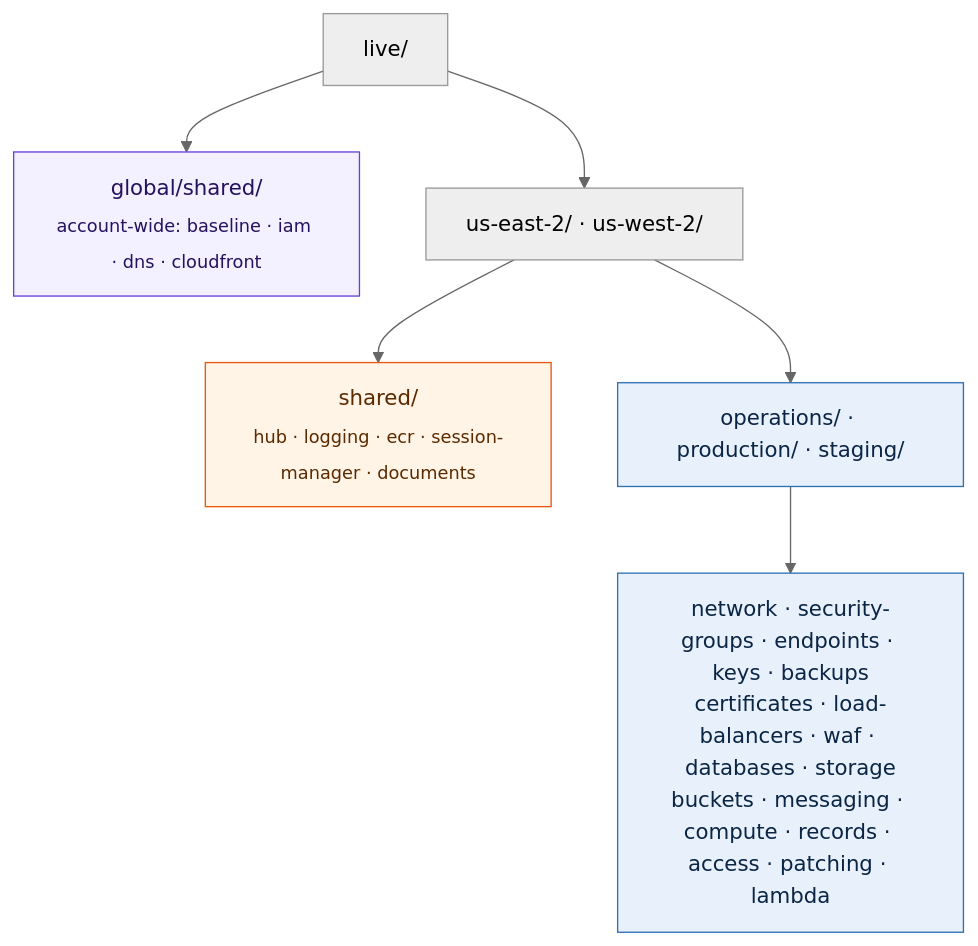
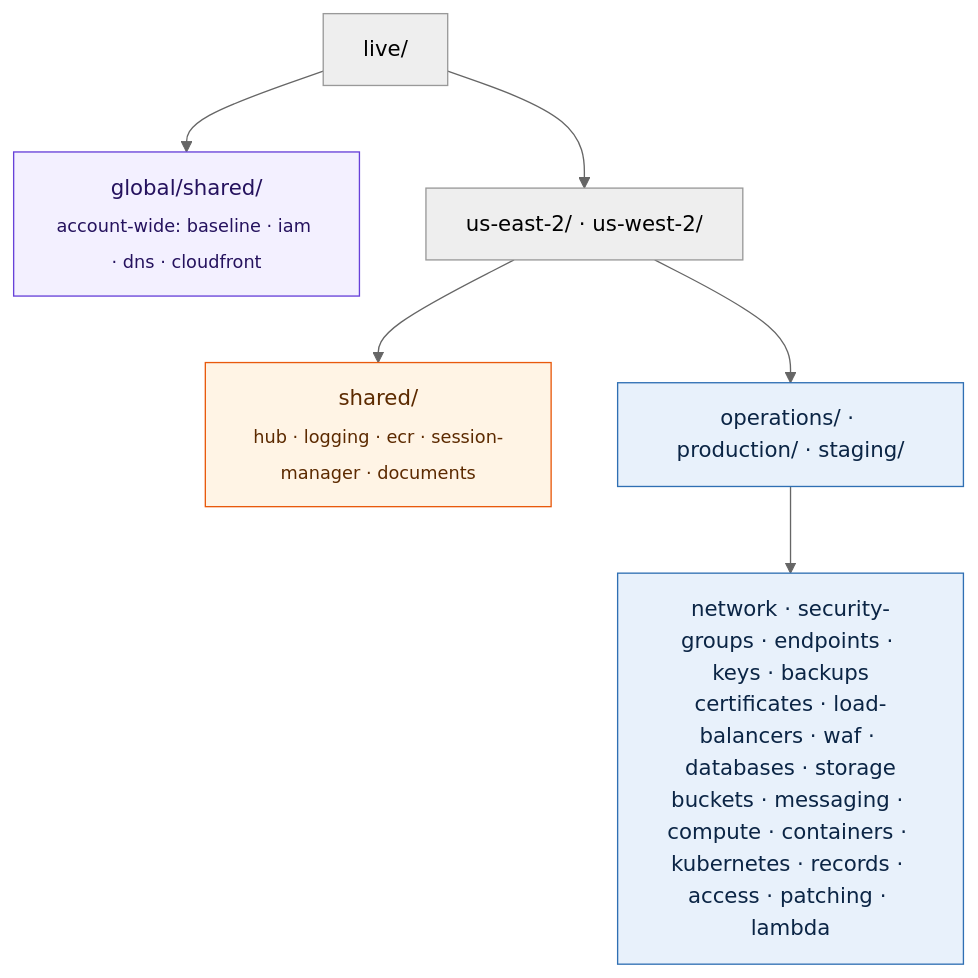
The first of 2 diagrams in docs/architecture.md (justin-samuel12/terraform-aws-scaffold), drawn with Mermaid (neutral theme) before and after one commit. The commit also changed 182 other files, not shown here.

````diff
--- a/docs/architecture.md
+++ b/docs/architecture.md
@@ -3,16 +3,16 @@
 ```mermaid
 flowchart TB
   live["live/"]
   live --> global["global/shared/<br/><sub>account-wide: baseline · iam · dns · cloudfront</sub>"]
   live --> region["us-east-2/ · us-west-2/"]
   region --> shared["shared/<br/><sub>hub · logging · ecr · session-manager · documents</sub>"]
   region --> env["operations/ · production/ · staging/"]
-  env --> stacks["network · security-groups · endpoints · keys · backups<br/>certificates · load-balancers · waf · databases · storage<br/>buckets · messaging · compute · records · access · patching · lambda"]
+  env --> stacks["network · security-groups · endpoints · keys · backups<br/>certificates · load-balancers · waf · databases · storage<br/>buckets · messaging · compute · containers · kubernetes · records · access · patching · lambda"]
 
   classDef g fill:#f3f0ff,stroke:#6741d9,color:#25125e
   classDef s fill:#fff4e5,stroke:#e8590c,color:#5c2a00
   classDef e fill:#e8f1fb,stroke:#2f6fb3,color:#0b2545
   class global g
   class shared s
   class env,stacks e
 ```
````
